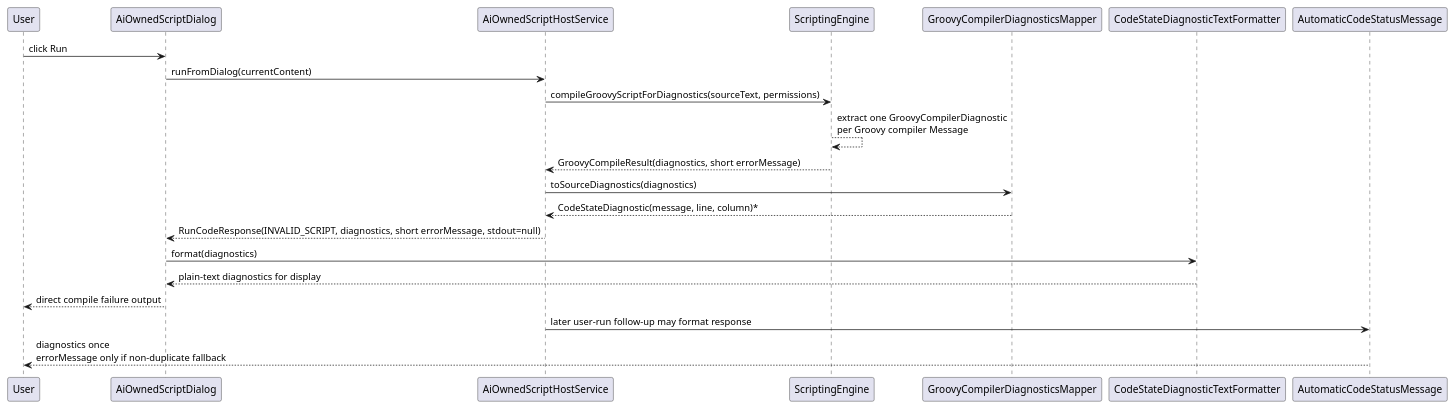
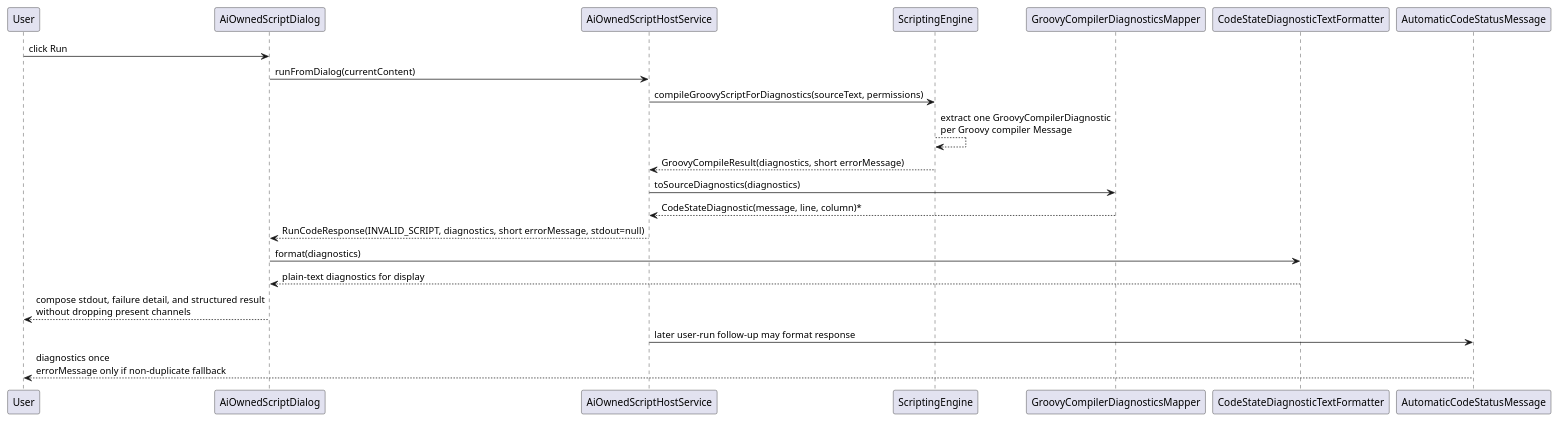
The fourth of 6 diagrams in ai-specs/tasks/review/005-report-precise-groovy-compile-locations.md (hyperdreamer/freeplane), drawn with PlantUML before and after one commit. The commit also changed other lines of this file and 2 other files, not shown here.

Commit message:
2026-07-17-compile-location Preserve combined AI script output

````diff
--- a/ai-specs/tasks/review/005-report-precise-groovy-compile-locations.md
+++ b/ai-specs/tasks/review/005-report-precise-groovy-compile-locations.md
@@ -295,25 +308,25 @@
   ```plantuml
   @startuml
   participant User
   participant AiOwnedScriptDialog as Dialog
   participant AiOwnedScriptHostService as Host
   participant ScriptingEngine as Engine
   participant GroovyCompilerDiagnosticsMapper as Mapper
   participant CodeStateDiagnosticTextFormatter as Formatter
   participant AutomaticCodeStatusMessage as ChatSummary
 
   User -> Dialog : click Run
   Dialog -> Host : runFromDialog(currentContent)
   Host -> Engine : compileGroovyScriptForDiagnostics(sourceText, permissions)
   Engine --> Engine : extract one GroovyCompilerDiagnostic\nper Groovy compiler Message
   Engine --> Host : GroovyCompileResult(diagnostics, short errorMessage)
   Host -> Mapper : toSourceDiagnostics(diagnostics)
   Mapper --> Host : CodeStateDiagnostic(message, line, column)*
   Host --> Dialog : RunCodeResponse(INVALID_SCRIPT, diagnostics, short errorMessage, stdout=null)
   Dialog -> Formatter : format(diagnostics)
   Formatter --> Dialog : plain-text diagnostics for display
-  Dialog --> User : direct compile failure output
+  Dialog --> User : compose stdout, failure detail, and structured result\nwithout dropping present channels
   Host -> ChatSummary : later user-run follow-up may format response
   ChatSummary --> User : diagnostics once\nerrorMessage only if non-duplicate fallback
   @enduml
   ```
````
